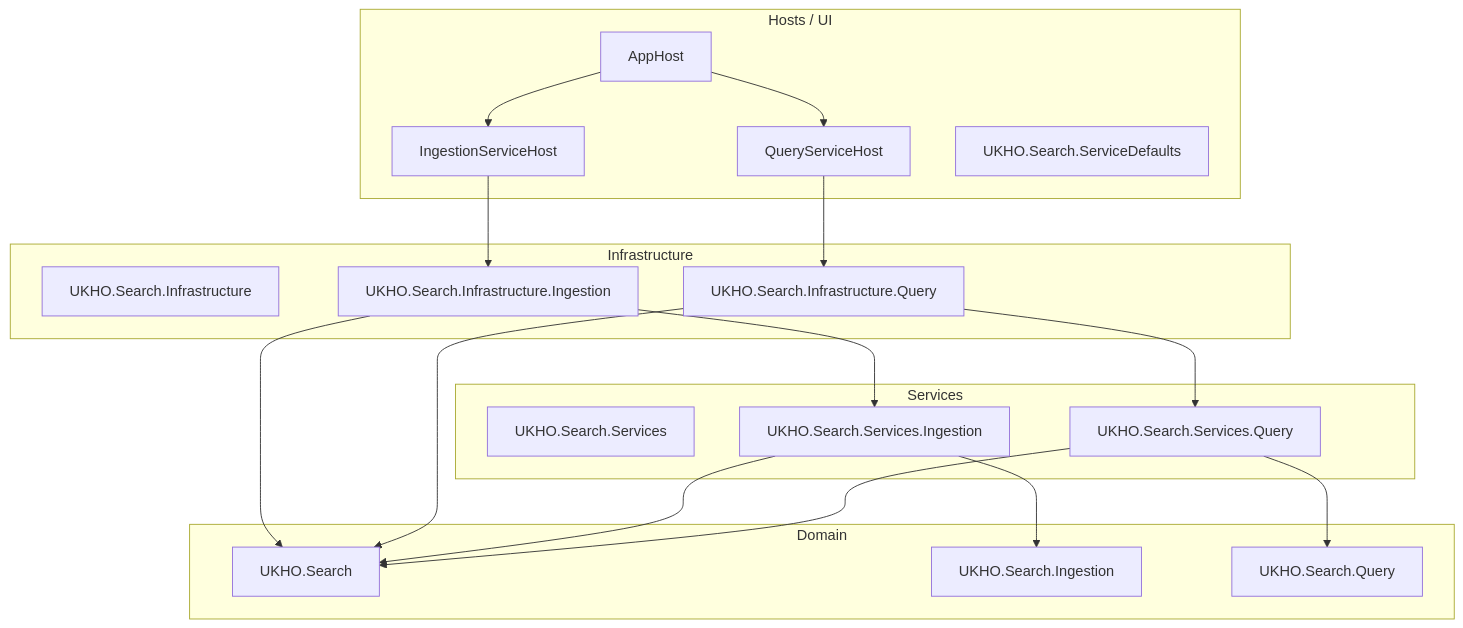
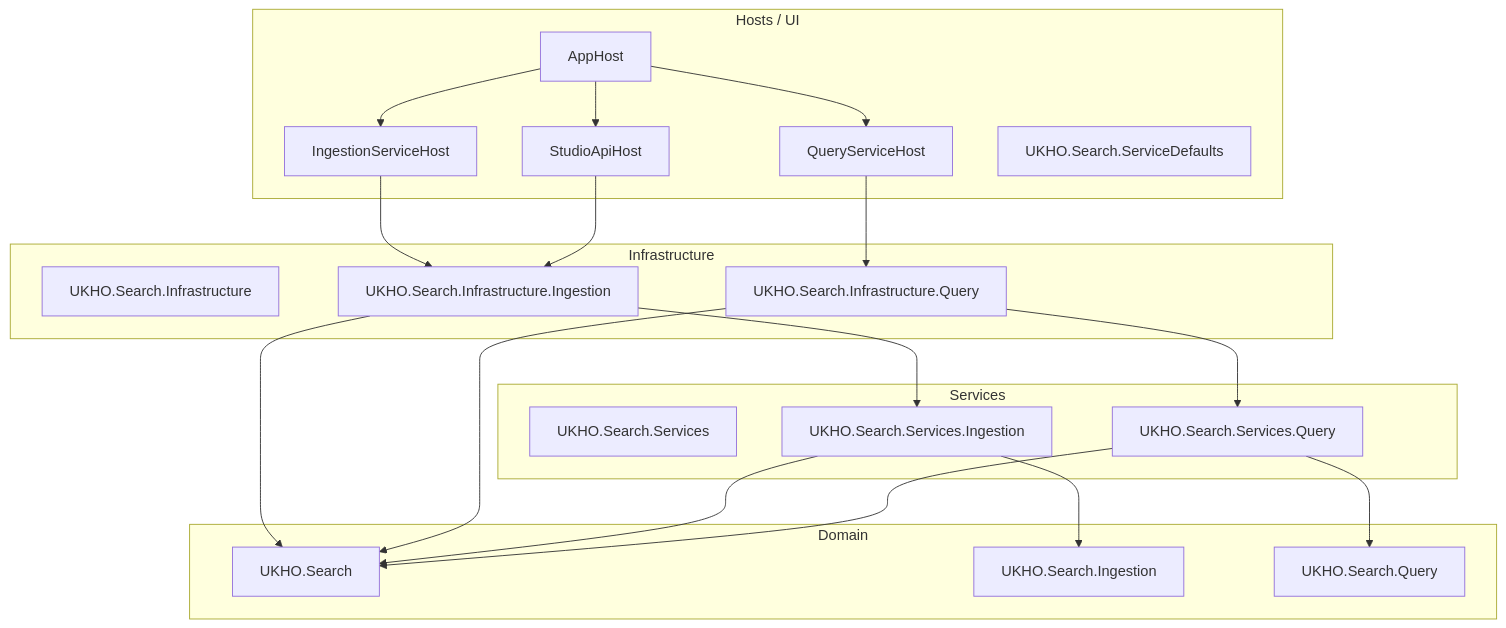
Before and after one commit to UKHO/UKHO.Search: the first of 2 diagrams in wiki/Solution-Architecture.md, drawn with Mermaid. The commit also changed other lines of this file and 6 other files, not shown here.

````diff
--- a/wiki/Solution-Architecture.md
+++ b/wiki/Solution-Architecture.md
@@ -13,40 +13,43 @@
 ```mermaid
 flowchart TB
     subgraph Hosts[Hosts / UI]
         AppHost[AppHost]
         IngestionHost[IngestionServiceHost]
         QueryHost[QueryServiceHost]
+        StudioApiHost[StudioApiHost]
         ServiceDefaults[UKHO.Search.ServiceDefaults]
     end
 
     subgraph Infrastructure[Infrastructure]
         InfraCore[UKHO.Search.Infrastructure]
         InfraIngestion[UKHO.Search.Infrastructure.Ingestion]
         InfraQuery[UKHO.Search.Infrastructure.Query]
     end
 
     subgraph Services[Services]
         ServicesCore[UKHO.Search.Services]
         ServicesIngestion[UKHO.Search.Services.Ingestion]
         ServicesQuery[UKHO.Search.Services.Query]
     end
 
     subgraph Domain[Domain]
         Search[UKHO.Search]
         Ingestion[UKHO.Search.Ingestion]
         Query[UKHO.Search.Query]
     end
 
     AppHost --> IngestionHost
     AppHost --> QueryHost
+    AppHost --> StudioApiHost
     IngestionHost --> InfraIngestion
     QueryHost --> InfraQuery
+    StudioApiHost --> InfraIngestion
     InfraIngestion --> ServicesIngestion
     InfraQuery --> ServicesQuery
     ServicesIngestion --> Ingestion
     ServicesQuery --> Query
     InfraIngestion --> Search
     InfraQuery --> Search
     ServicesIngestion --> Search
     ServicesQuery --> Search
 ```
````
